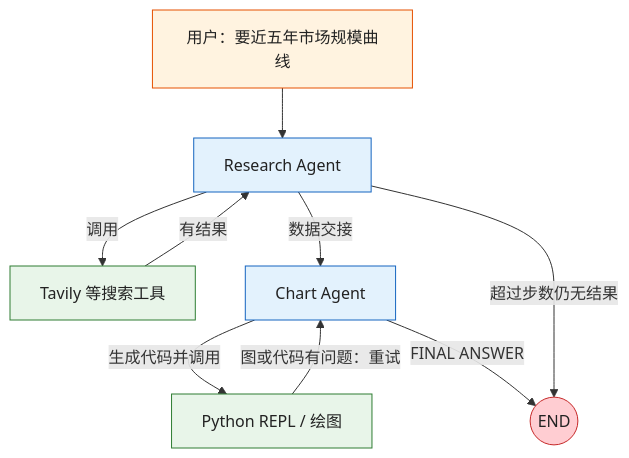
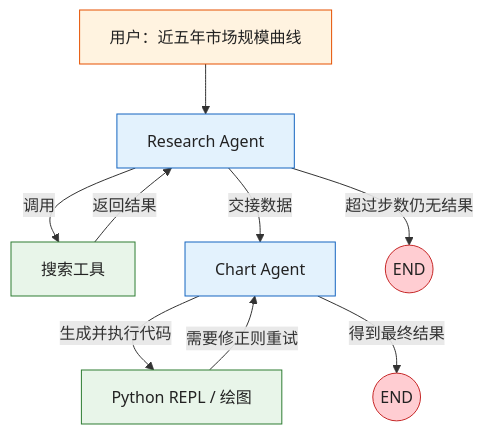
The fifth of 7 diagrams in _posts/2026-07-15-langgraph.md (KwanWaiPang/KwanWaiPang.github.io), drawn with Mermaid before and after one commit. The commit also changed other lines of this file, not shown here.

First line of the commit message:
修复 LangGraph 博文图1渲染，并收敛表述与课程覆盖

```diff
--- a/_posts/2026-07-15-langgraph.md
+++ b/_posts/2026-07-15-langgraph.md
@@ -350,21 +373,21 @@
 <div class="mermaid" style="display: flex; justify-content: center; width: 100%; margin: 0 auto;">
 flowchart TB
-    classDef user fill:#FFF3E0,stroke:#E65100,color:#222
-    classDef agent fill:#E3F2FD,stroke:#1565C0,color:#222
-    classDef tool fill:#E8F5E9,stroke:#2E7D32,color:#222
-    classDef endn fill:#FFCDD2,stroke:#C62828,color:#222
+    classDef userCls fill:#FFF3E0,stroke:#E65100,color:#222
+    classDef agentCls fill:#E3F2FD,stroke:#1565C0,color:#222
+    classDef toolCls fill:#E8F5E9,stroke:#2E7D32,color:#222
+    classDef endCls fill:#FFCDD2,stroke:#C62828,color:#222
 
-    U["用户：要近五年市场规模曲线"] --> R["Research Agent"]
-    R -->|"调用"| S["Tavily 等搜索工具"]
-    S -->|"有结果"| R
-    R -->|"数据交接"| C["Chart Agent"]
-    C -->|"生成代码并调用"| P["Python REPL / 绘图"]
-    P -->|"图或代码有问题：重试"| C
-    C -->|"FINAL ANSWER"| E((END))
-    R -->|"超过步数仍无结果"| E
+    U["用户：近五年市场规模曲线"] --> R["Research Agent"]
+    R -->|"调用"| S["搜索工具"]
+    S -->|"返回结果"| R
+    R -->|"交接数据"| C["Chart Agent"]
+    C -->|"生成并执行代码"| P["Python REPL / 绘图"]
+    P -->|"需要修正则重试"| C
+    C -->|"得到最终结果"| E1((END))
+    R -->|"超过步数仍无结果"| E2((END))
 
-    class U user
-    class R,C agent
-    class S,P tool
-    class E endn
+    class U userCls
+    class R,C agentCls
+    class S,P toolCls
+    class E1,E2 endCls
 </div>
```
